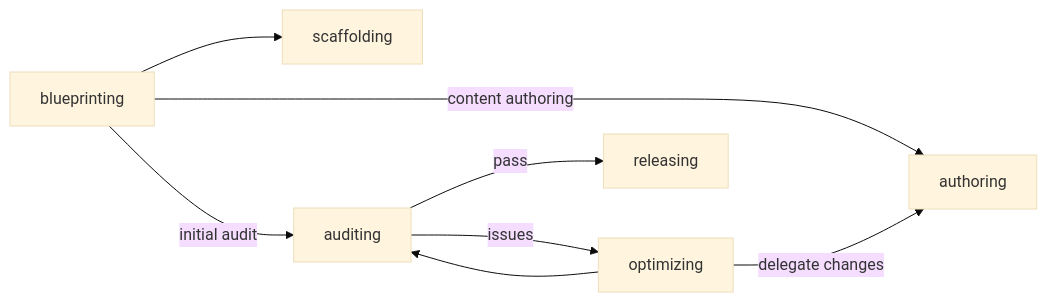
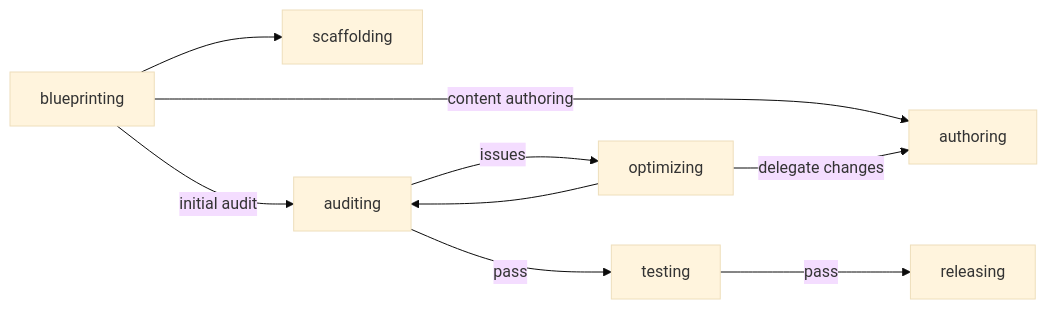
The second of 3 diagrams in README.md (OdradekAI/bundles-forge), drawn with Mermaid (base theme) before and after one commit. The commit also changed other lines of this file and 24 other files, not shown here.

````diff
--- a/README.md
+++ b/README.md
@@ -77,10 +88,11 @@
 ```mermaid
 flowchart LR
     Design["blueprinting"] --> Scaffold["scaffolding"]
     Design -->|"content authoring"| Write["authoring"]
     Design -->|"initial audit"| Audit["auditing"]
     Audit -->|issues| Optimize["optimizing"]
     Optimize -->|"delegate changes"| Write
     Optimize --> Audit
-    Audit -->|pass| Release["releasing"]
+    Audit -->|pass| Test["testing"]
+    Test -->|pass| Release["releasing"]
 ```
````
